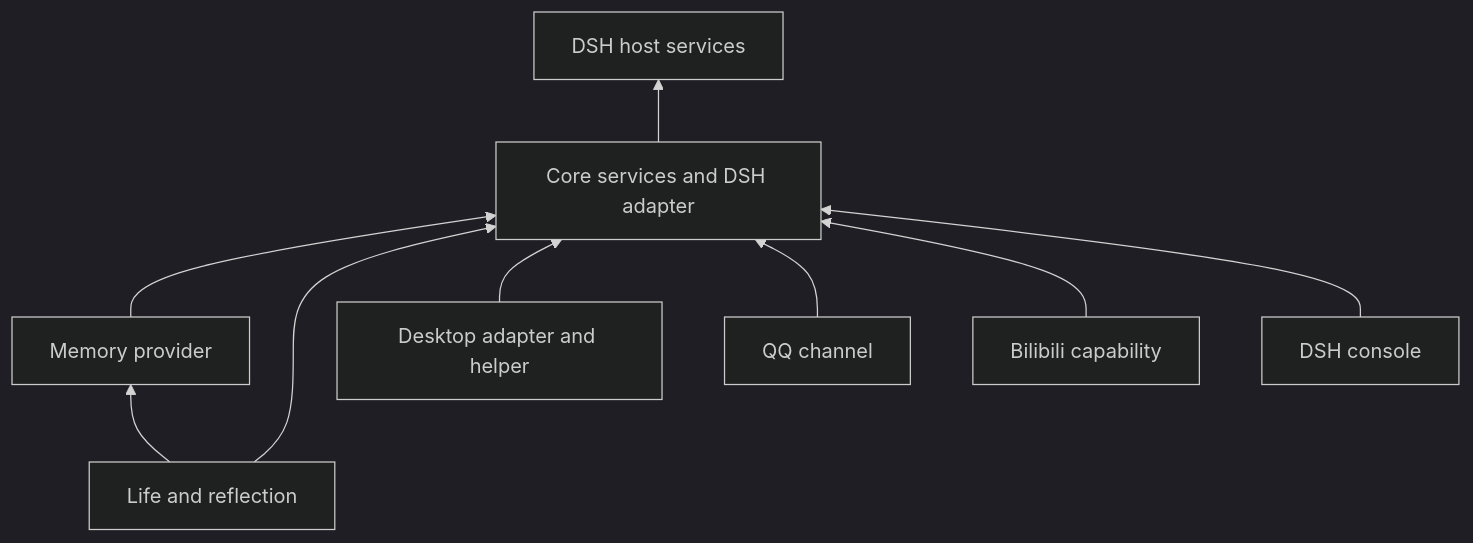
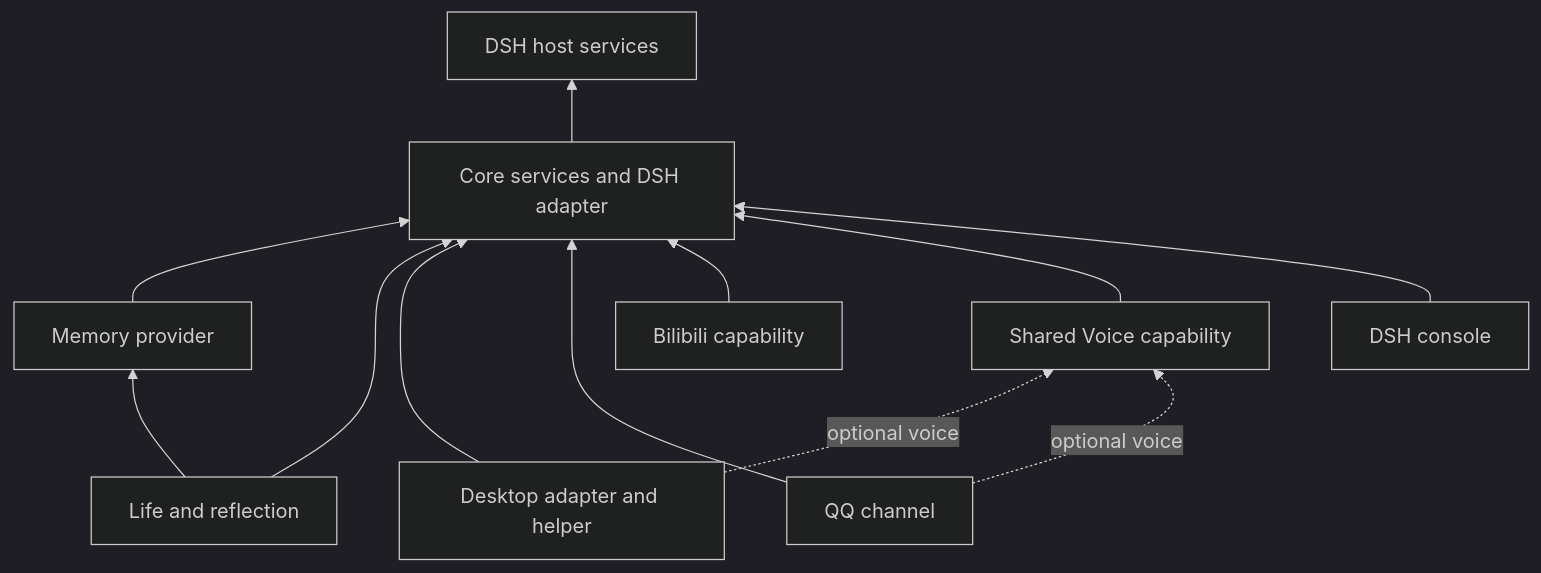
The diagram in docs/planning/modular-design.md (hyyino7/Pet-World), drawn with Mermaid (dark theme) before and after one commit. The commit also changed other lines of this file and 71 other files, not shown here.

````diff
--- a/docs/planning/modular-design.md
+++ b/docs/planning/modular-design.md
@@ -85,11 +146,14 @@
 ```mermaid
 flowchart BT
   Memory[Memory provider] --> Core[Core services and DSH adapter]
   Life[Life and reflection] --> Core
   Life --> Memory
   Desktop[Desktop adapter and helper] --> Core
   QQ[QQ channel] --> Core
   Bili[Bilibili capability] --> Core
+  Voice[Shared Voice capability] --> Core
+  Desktop -. optional voice .-> Voice
+  QQ -. optional voice .-> Voice
   Console[DSH console] --> Core
   Core --> DSH[DSH host services]
 ```
````
